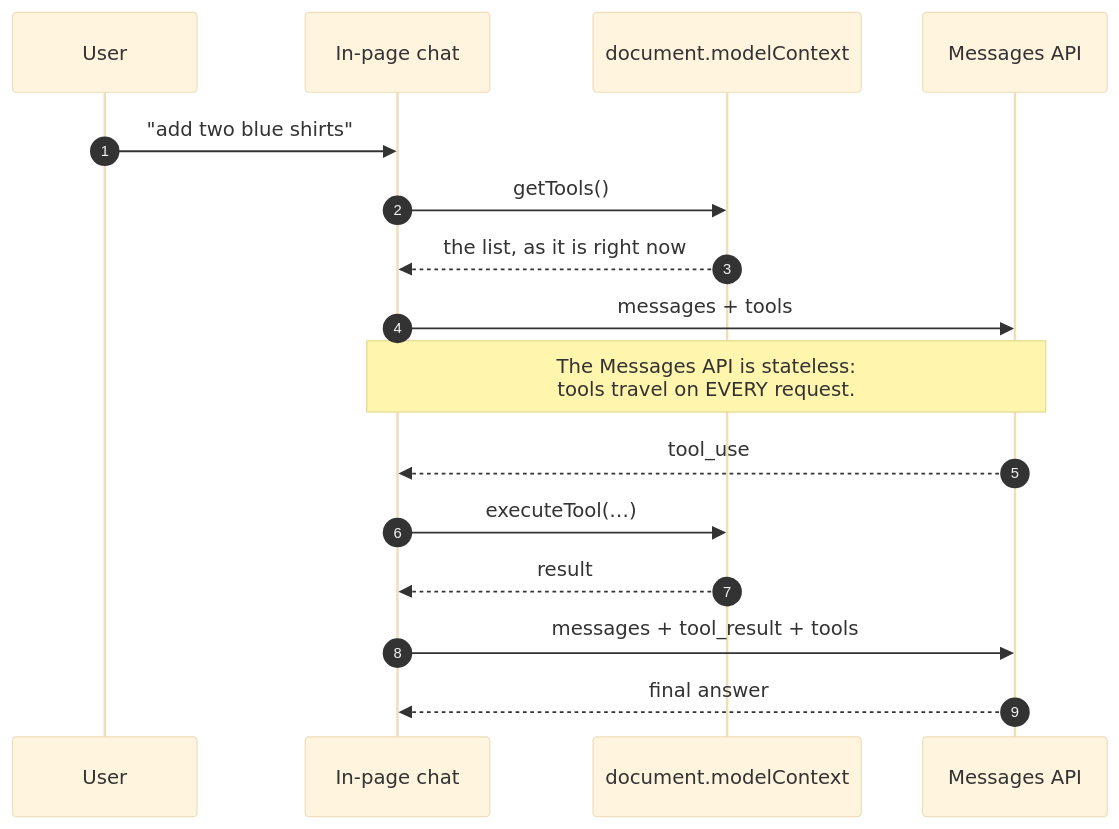
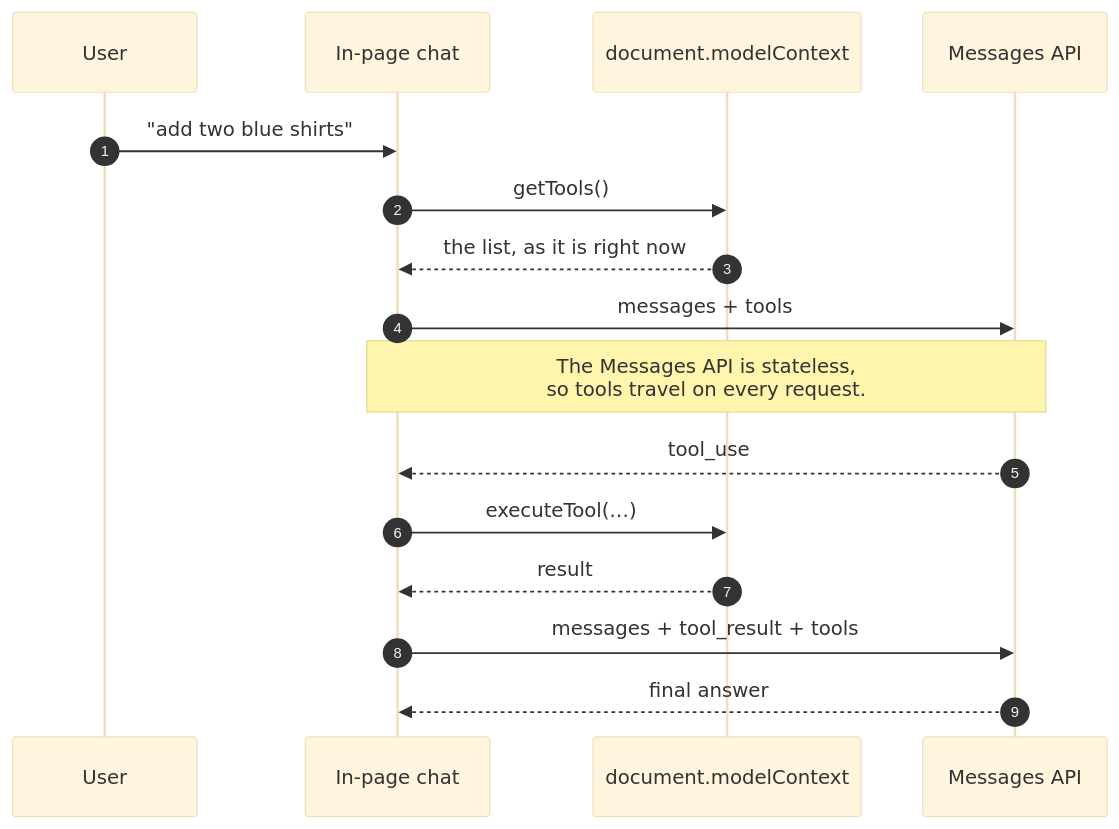
Before and after one commit to hasan1985/webmcp-angular: the third of 10 diagrams in docs/architecture/07-lifecycle-sequence.md, drawn with Mermaid (base theme). The commit also changed other lines of this file and 1 other file, not shown here.

First line of the commit message:
rewrite section 2 as the discovery flow it should have been

````diff
--- a/docs/architecture/07-lifecycle-sequence.md
+++ b/docs/architecture/07-lifecycle-sequence.md
@@ -127,19 +97,19 @@
 ```mermaid
 sequenceDiagram
     autonumber
     participant User
     participant Chat as In-page chat
     participant MC as document.modelContext
     participant LLM as Messages API
 
     User->>Chat: "add two blue shirts"
     Chat->>MC: getTools()
     MC-->>Chat: the list, as it is right now
     Chat->>LLM: messages + tools
-    Note over Chat,LLM: The Messages API is stateless:<br/>tools travel on EVERY request.
+    Note over Chat,LLM: The Messages API is stateless,<br/>so tools travel on every request.
     LLM-->>Chat: tool_use
     Chat->>MC: executeTool(…)
     MC-->>Chat: result
     Chat->>LLM: messages + tool_result + tools
     LLM-->>Chat: final answer
 ```
````
